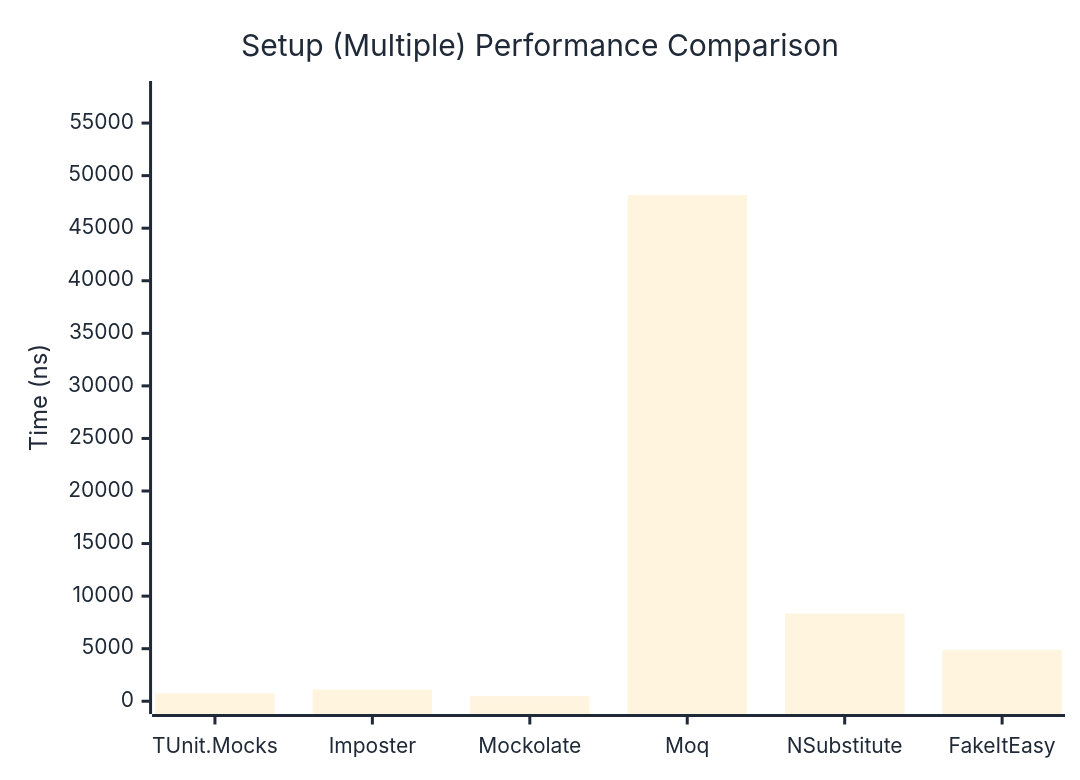
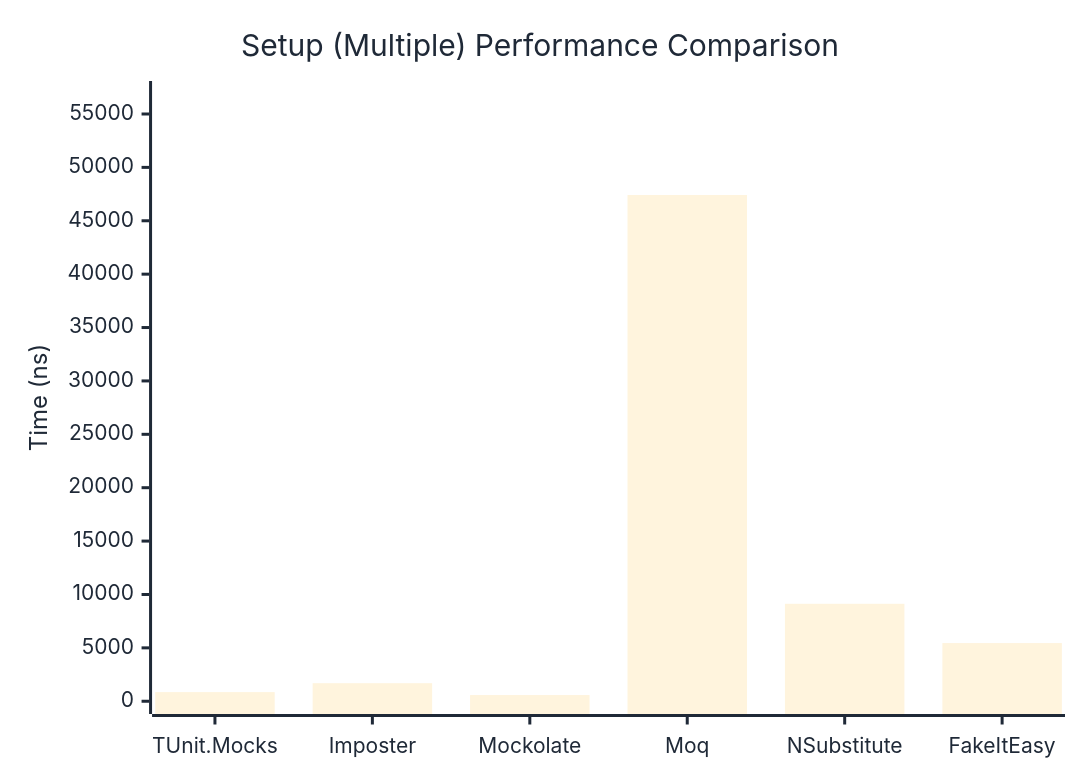
One commit to thomhurst/TUnit changed the second of 2 diagrams in docs/docs/benchmarks/mocks/Setup.md. Above: the diagram before and after it, drawn with Mermaid. The commit also changed other lines of this file and 14 other files, not shown here.

````diff
--- a/docs/docs/benchmarks/mocks/Setup.md
+++ b/docs/docs/benchmarks/mocks/Setup.md
@@ -71,27 +71,27 @@
 ```mermaid
 %%{init: {
   'theme':'base',
   'themeVariables': {
     'primaryColor': '#2563eb',
     'primaryTextColor': '#1f2937',
     'primaryBorderColor': '#1e40af',
     'lineColor': '#6b7280',
     'secondaryColor': '#7c3aed',
     'tertiaryColor': '#dc2626',
     'background': '#ffffff',
     'pie1': '#2563eb',
     'pie2': '#7c3aed',
     'pie3': '#dc2626',
     'pie4': '#f59e0b',
     'pie5': '#10b981',
     'pie6': '#06b6d4',
     'pie7': '#ec4899',
     'pie8': '#6366f1'
   }
 }}%%
 xychart-beta
   title "Setup (Multiple) Performance Comparison"
   x-axis ["TUnit.Mocks", "Imposter", "Mockolate", "Moq", "NSubstitute", "FakeItEasy"]
-  y-axis "Time (ns)" 0 --> 57789
-  bar [748.6, 1118.1, 480.4, 48156.9, 8345.8, 4902.7]
+  y-axis "Time (ns)" 0 --> 56896
+  bar [857.2, 1690.5, 580.7, 47412.7, 9127.2, 5449.2]
 ```
````
